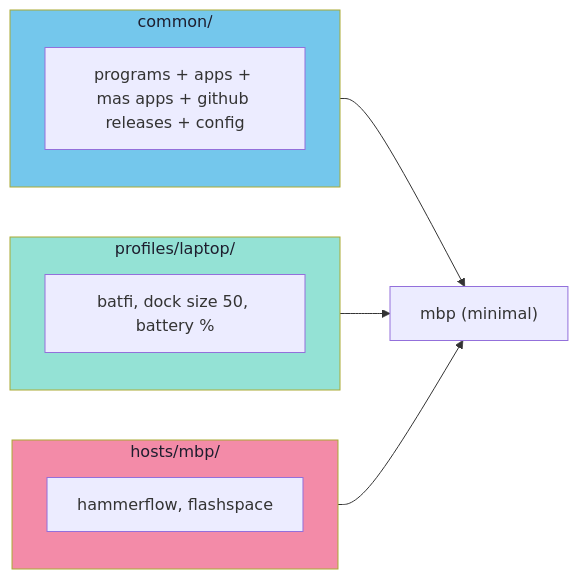
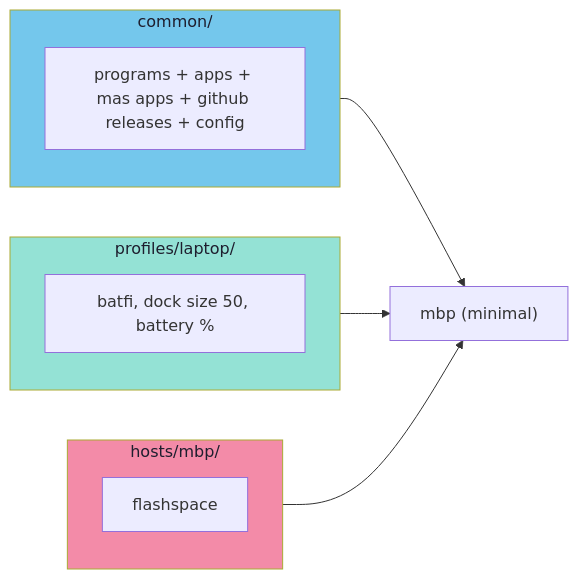
One commit to milhamh95/nix-config changed the fourth of 5 diagrams in docs/architecture.md. Above: the diagram before and after it, drawn with Mermaid. The commit also changed other lines of this file and 13 other files, not shown here.

````diff
--- a/docs/architecture.md
+++ b/docs/architecture.md
@@ -441,24 +441,24 @@
 ```mermaid
 flowchart LR
     subgraph common["common/"]
         c["programs + apps + mas apps + github releases + config"]
     end
 
     subgraph laptop["profiles/laptop/"]
         lp["batfi, dock size 50, battery %"]
     end
 
     subgraph host["hosts/mbp/"]
-        h["hammerflow, flashspace"]
+        h["flashspace"]
     end
 
     result["mbp (minimal)"]
 
     common --> result
     laptop --> result
     host --> result
 
     style common fill:#74c7ec,color:#1e1e2e
     style laptop fill:#94e2d5,color:#1e1e2e
     style host fill:#f38ba8,color:#1e1e2e
 ```
````
